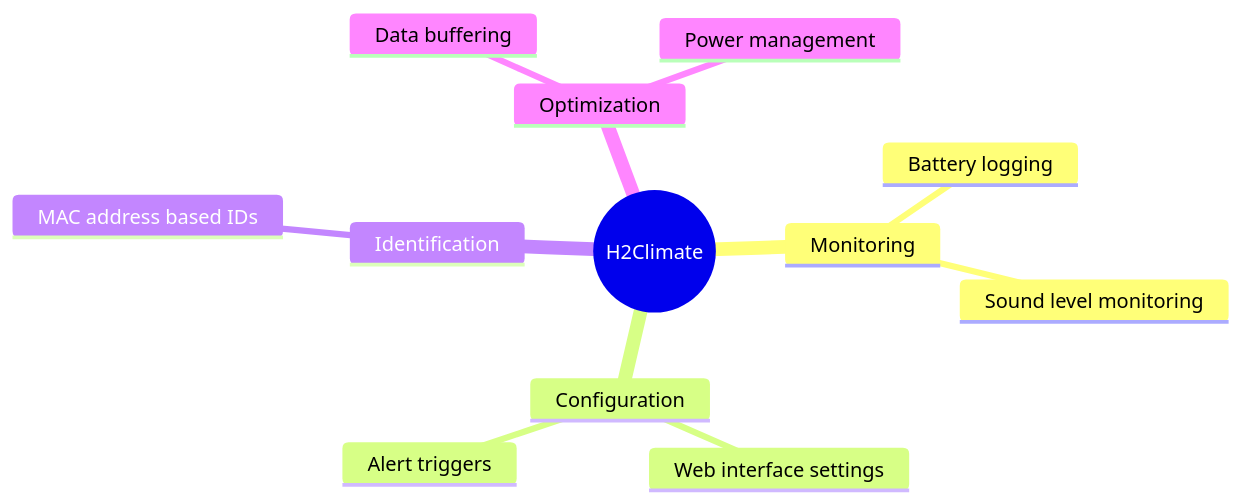
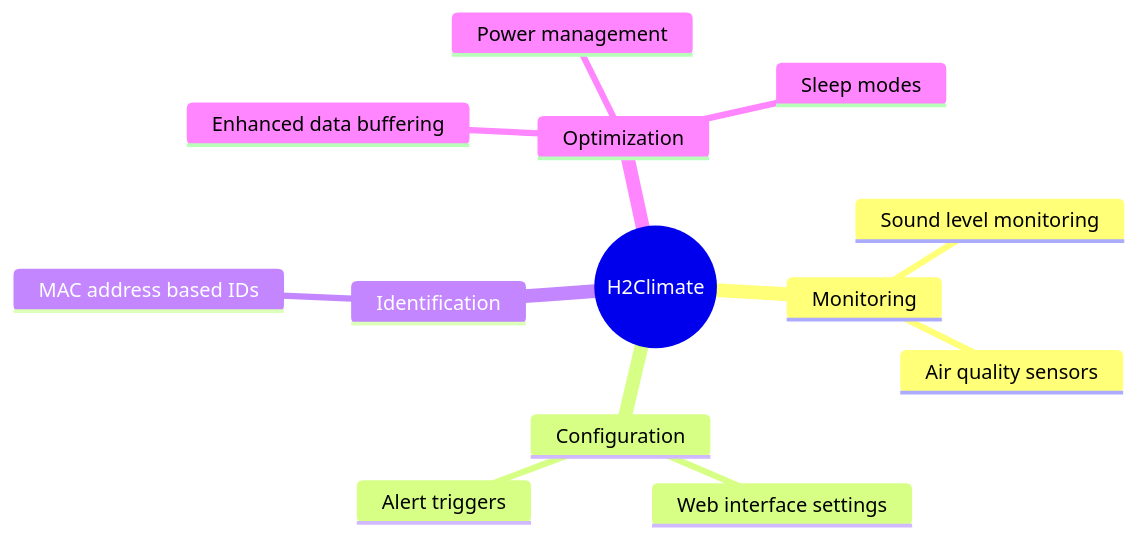
Before and after one commit to Best-Company-A-S/office-clima-device: the fourth of 5 diagrams in README.md, drawn with Mermaid. The commit also changed other lines of this file and 1 other file, not shown here.

Commit message:
Updated README.md to include new features such as battery monitoring, OTA updates, and enhanced data buffering. Added project status section and updated installation instructions. Improved communication protocol details with battery status information.

````diff
--- a/README.md
+++ b/README.md
@@ -128,15 +150,16 @@
 ```mermaid
 mindmap
   root((H2Climate))
     Monitoring
-      Battery logging
       Sound level monitoring
+      Air quality sensors
     Configuration
       Web interface settings
       Alert triggers
     Identification
       MAC address based IDs
     Optimization
-      Data buffering
+      Enhanced data buffering
       Power management
+      Sleep modes
 ```
````
